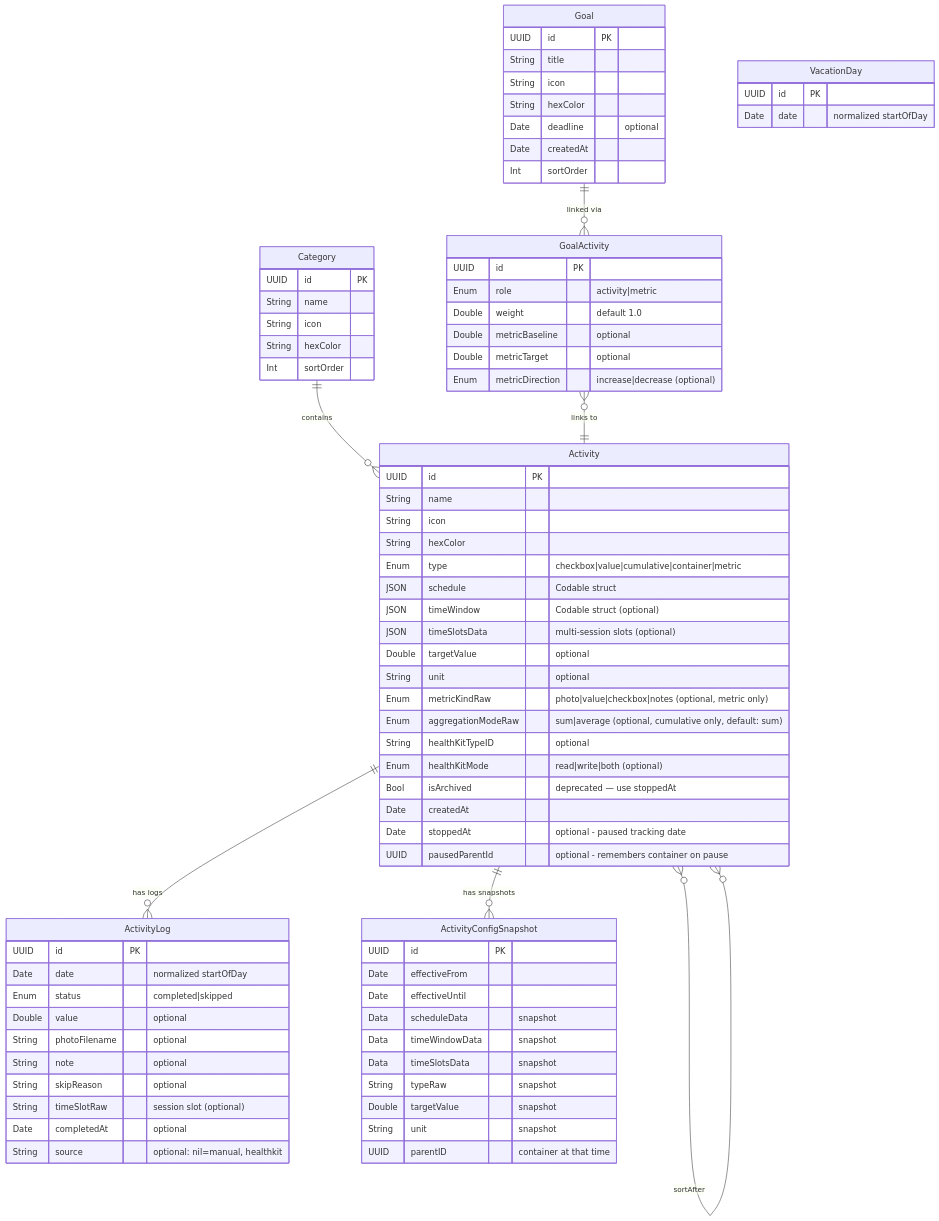
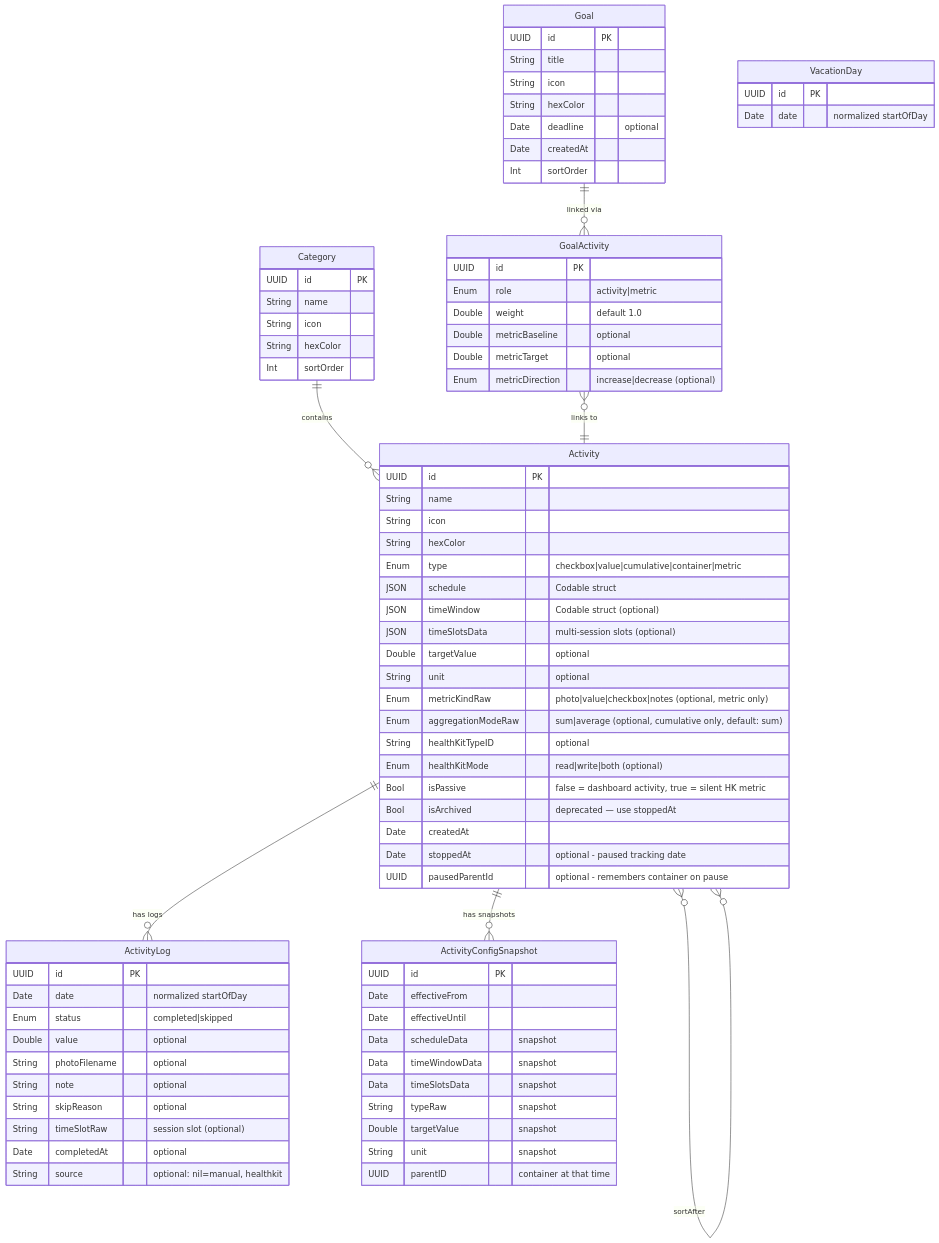
Before and after one commit to samg2003/personal_activity_tracking: the second of 2 diagrams in docs/ARCHITECTURE.md, drawn with Mermaid. The commit also changed 9 other files, not shown here.

```diff
--- a/docs/ARCHITECTURE.md
+++ b/docs/ARCHITECTURE.md
@@ -85,6 +85,7 @@
         Enum aggregationModeRaw "sum|average (optional, cumulative only, default: sum)"
         String healthKitTypeID "optional"
         Enum healthKitMode "read|write|both (optional)"
+        Bool isPassive "false = dashboard activity, true = silent HK metric"
         Bool isArchived "deprecated — use stoppedAt"
         Date createdAt
         Date stoppedAt "optional - paused tracking date"
```
